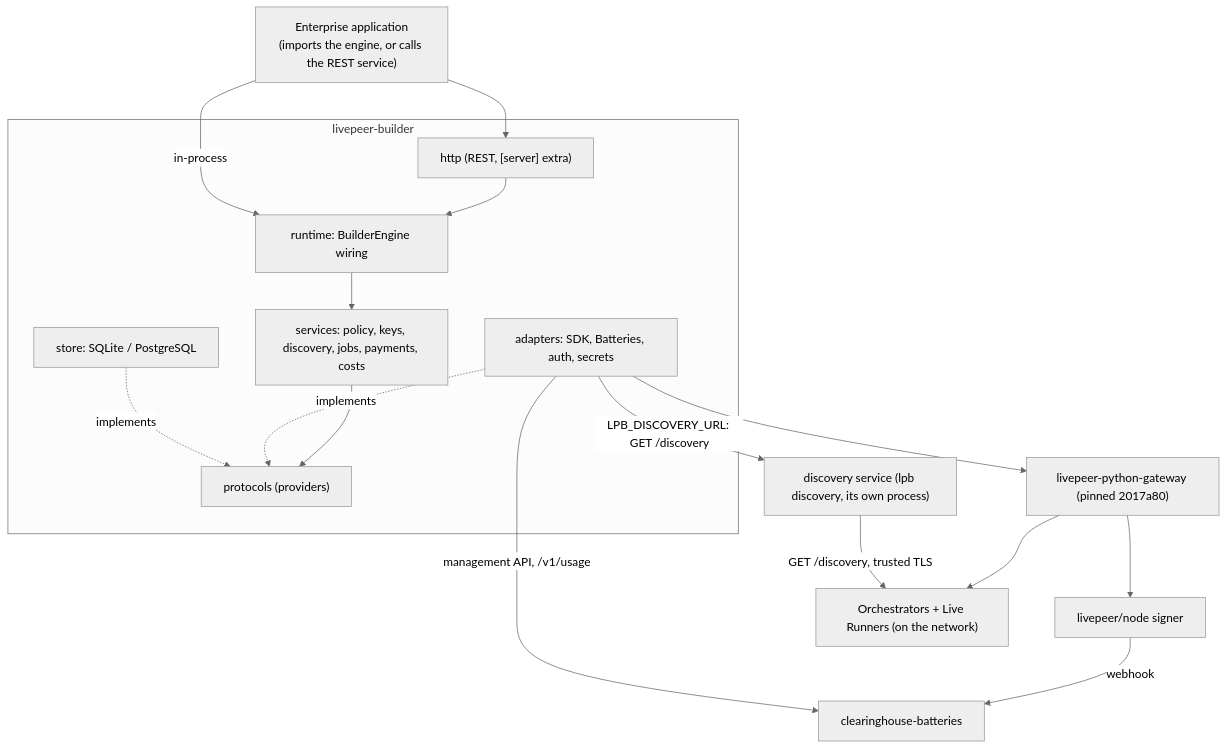
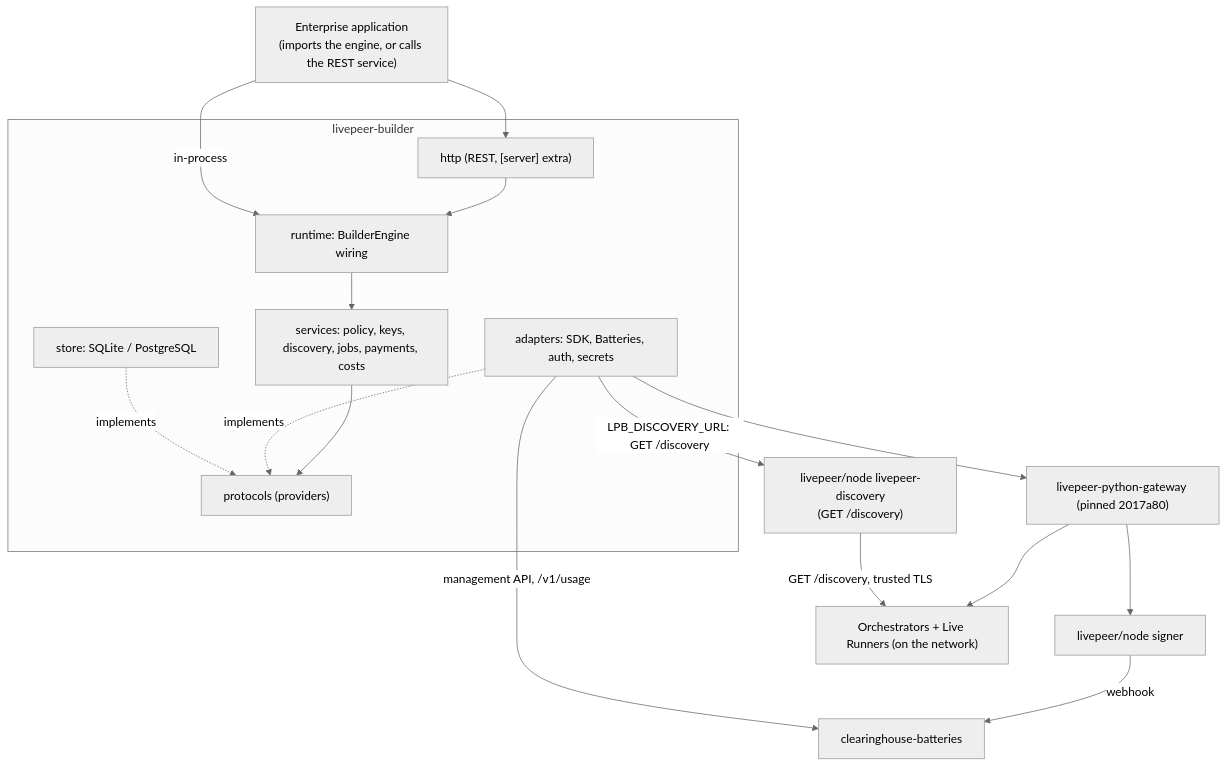
Before and after one commit to NE-Build-Track/livepeer-builder-core: the diagram in ARCHITECTURE.md, drawn with Mermaid (neutral theme). The commit also changed other lines of this file and 97 other files, not shown here.

First line of the commit message:
refactor(discovery)!: remove lpb discovery; the engine reads livepeer/node's /discovery contract (#96)

````diff
--- a/ARCHITECTURE.md
+++ b/ARCHITECTURE.md
@@ -7,26 +7,26 @@
 ```mermaid
 flowchart TB
     App["Enterprise application<br/>(imports the engine, or calls the REST service)"]
     subgraph Engine["livepeer-builder"]
         HTTP["http (REST, [server] extra)"]
         RT["runtime: BuilderEngine wiring"]
         SVC["services: policy, keys, discovery, jobs, payments, costs"]
         PROV["protocols (providers)"]
         AD["adapters: SDK, Batteries, auth, secrets"]
         ST["store: SQLite / PostgreSQL"]
     end
-    Disc["discovery service (lpb discovery, its own process)"]
+    Disc["livepeer/node livepeer-discovery<br/>(GET /discovery)"]
     SDK["livepeer-python-gateway (pinned 2017a80)"]
     Signer["livepeer/node signer"]
     Bat["clearinghouse-batteries"]
     Orch["Orchestrators + Live Runners (on the network)"]
     App --> HTTP --> RT
     App -->|"in-process"| RT
     RT --> SVC --> PROV
     AD -.implements.-> PROV
     ST -.implements.-> PROV
     AD --> SDK --> Signer -->|"webhook"| Bat
     SDK --> Orch
     AD -->|"LPB_DISCOVERY_URL: GET /discovery"| Disc -->|"GET /discovery, trusted TLS"| Orch
     AD -->|"management API, /v1/usage"| Bat
 ```
````
